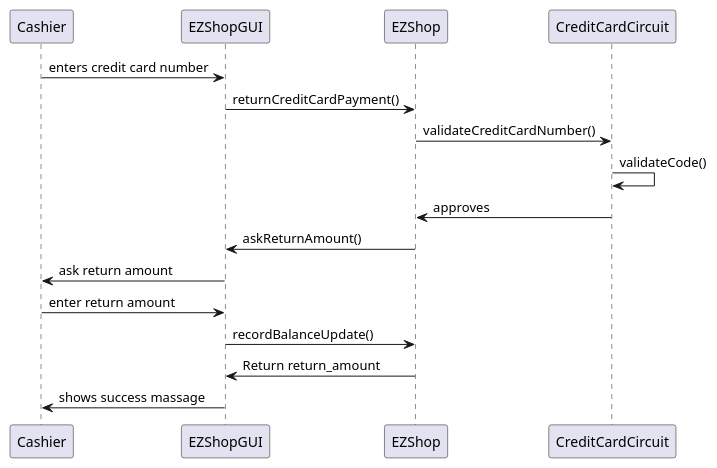
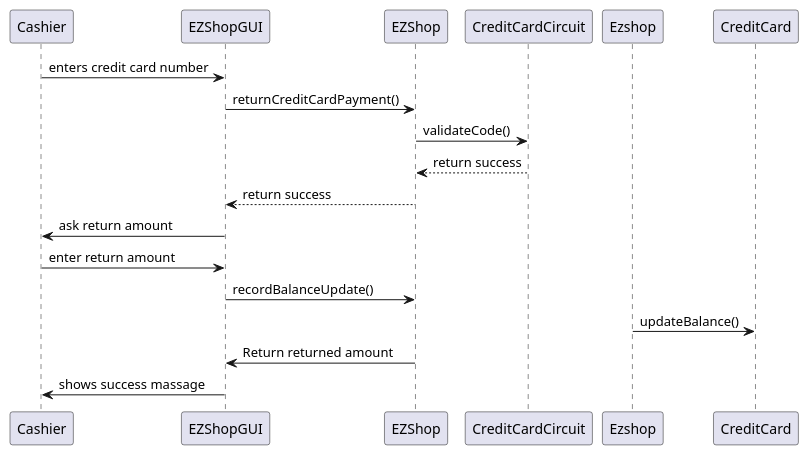
Before and after one commit to polito-se2-21-r03/se1-ezshop: diagram 13 of 13 in Deliverables/DesignDocument.md, drawn with PlantUML.

Commit message:
sequence diagram 10.1 updated

````diff
--- a/Deliverables/DesignDocument.md
+++ b/Deliverables/DesignDocument.md
@@ -529,15 +529,15 @@
 ```plantuml
 
 Cashier -> EZShopGUI: enters credit card number
 EZShopGUI -> EZShop: returnCreditCardPayment()
-EZShop -> CreditCardCircuit: validateCreditCardNumber()
-CreditCardCircuit -> CreditCardCircuit: validateCode()
-CreditCardCircuit -> EZShop: approves
-EZShop -> EZShopGUI: askReturnAmount()
+EZShop -> CreditCardCircuit: validateCode()
+CreditCardCircuit --> EZShop: return success
+EZShop --> EZShopGUI: return success
 EZShopGUI -> Cashier: ask return amount
 Cashier -> EZShopGUI: enter return amount
 EZShopGUI -> EZShop: recordBalanceUpdate()
-EZShop -> EZShopGUI: Return return_amount
+Ezshop -> CreditCard: updateBalance()
+EZShop -> EZShopGUI: Return returned amount
 EZShopGUI -> Cashier: shows success massage
 
 ```
````
